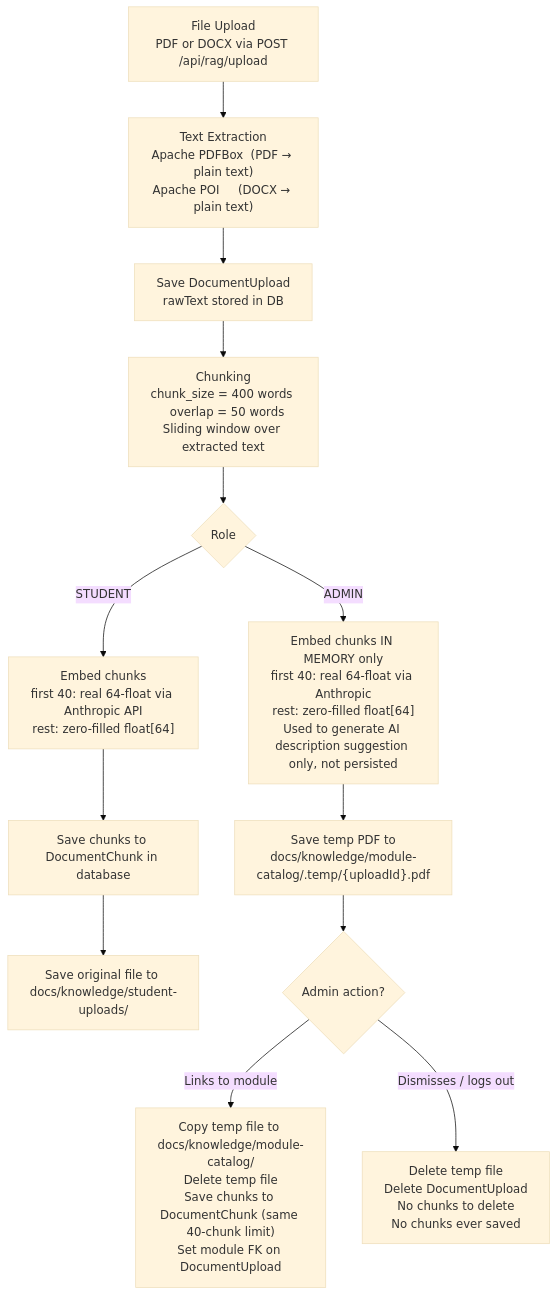
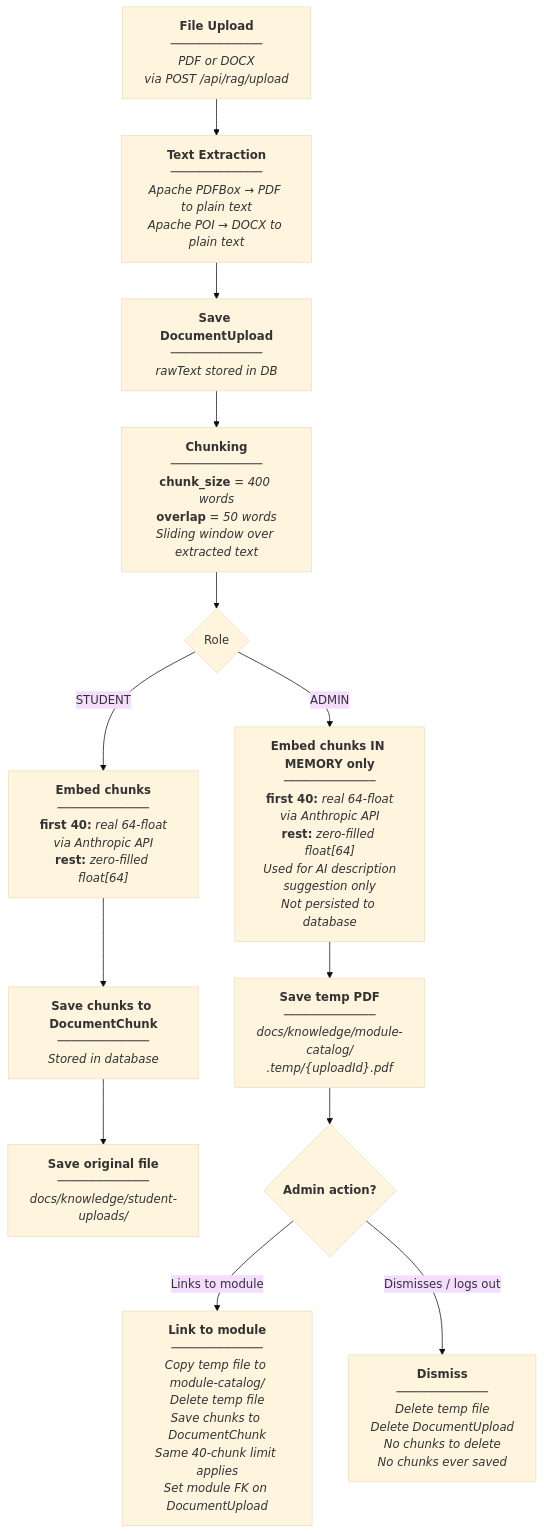
Before and after one commit to sayeed-sadman/bit-semester-planner: the first of 2 diagrams in README.md, drawn with Mermaid (base theme). The commit also changed other lines of this file, not shown here.

Commit message:
Improve README RAG diagram layout with side-by-side table and cleaner node labels

````diff
--- a/README.md
+++ b/README.md
@@ -773,15 +776,16 @@
 ```mermaid
 flowchart TD
-    A["File Upload<br/>PDF or DOCX via POST /api/rag/upload"] --> B["Text Extraction<br/>Apache PDFBox  (PDF → plain text)<br/>Apache POI     (DOCX → plain text)"]
-    B --> C["Save DocumentUpload<br/>rawText stored in DB"]
-    C --> D["Chunking<br/>chunk_size = 400 words   overlap = 50 words<br/>Sliding window over extracted text"]
+    A["<b>File Upload</b><br/>─────────────<br/><i>PDF or DOCX<br/>via POST /api/rag/upload</i>"]
+    --> B["<b>Text Extraction</b><br/>─────────────<br/><i>Apache PDFBox → PDF to plain text<br/>Apache POI → DOCX to plain text</i>"]
+    B --> C["<b>Save DocumentUpload</b><br/>─────────────<br/><i>rawText stored in DB</i>"]
+    C --> D["<b>Chunking</b><br/>─────────────<br/><b>chunk_size</b> <i>= 400 words</i><br/><b>overlap</b> <i>= 50 words</i><br/><i>Sliding window over extracted text</i>"]
     D --> E{Role}
-    E -->|STUDENT| F["Embed chunks<br/>first 40: real 64-float via Anthropic API<br/>rest: zero-filled float[64]"]
-    E -->|ADMIN| G["Embed chunks IN MEMORY only<br/>first 40: real 64-float via Anthropic<br/>rest: zero-filled float[64]<br/>Used to generate AI description suggestion only, not persisted"]
-    F --> H["Save chunks to DocumentChunk in database"]
-    H --> I["Save original file to docs/knowledge/student-uploads/"]
-    G --> J["Save temp PDF to<br/>docs/knowledge/module-catalog/.temp/{uploadId}.pdf"]
-    J --> K{"Admin action?"}
-    K -->|Links to module| L["Copy temp file to docs/knowledge/module-catalog/<br/>Delete temp file<br/>Save chunks to DocumentChunk (same 40-chunk limit)<br/>Set module FK on DocumentUpload"]
-    K -->|"Dismisses / logs out"| M["Delete temp file<br/>Delete DocumentUpload<br/>No chunks to delete<br/>No chunks ever saved"]
+    E -->|STUDENT| F["<b>Embed chunks</b><br/>─────────────<br/><b>first 40:</b> <i>real 64-float<br/>via Anthropic API</i><br/><b>rest:</b> <i>zero-filled float[64]</i>"]
+    E -->|ADMIN| G["<b>Embed chunks IN MEMORY only</b><br/>─────────────<br/><b>first 40:</b> <i>real 64-float<br/>via Anthropic API</i><br/><b>rest:</b> <i>zero-filled float[64]</i><br/><i>Used for AI description<br/>suggestion only<br/>Not persisted to database</i>"]
+    F --> H["<b>Save chunks to DocumentChunk</b><br/>─────────────<br/><i>Stored in database</i>"]
+    H --> I["<b>Save original file</b><br/>─────────────<br/><i>docs/knowledge/student-uploads/</i>"]
+    G --> J["<b>Save temp PDF</b><br/>─────────────<br/><i>docs/knowledge/module-catalog/<br/>.temp/{uploadId}.pdf</i>"]
+    J --> K{"<b>Admin action?</b>"}
+    K -->|Links to module| L["<b>Link to module</b><br/>─────────────<br/><i>Copy temp file to module-catalog/<br/>Delete temp file<br/>Save chunks to DocumentChunk<br/>Same 40-chunk limit applies<br/>Set module FK on DocumentUpload</i>"]
+    K -->|"Dismisses / logs out"| M["<b>Dismiss</b><br/>─────────────<br/><i>Delete temp file<br/>Delete DocumentUpload<br/>No chunks to delete<br/>No chunks ever saved</i>"]
 ```
````
